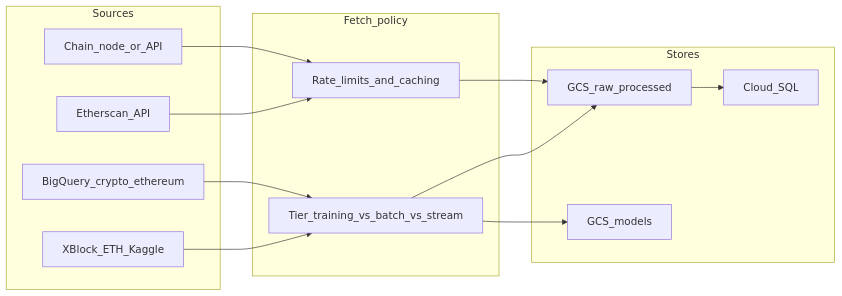
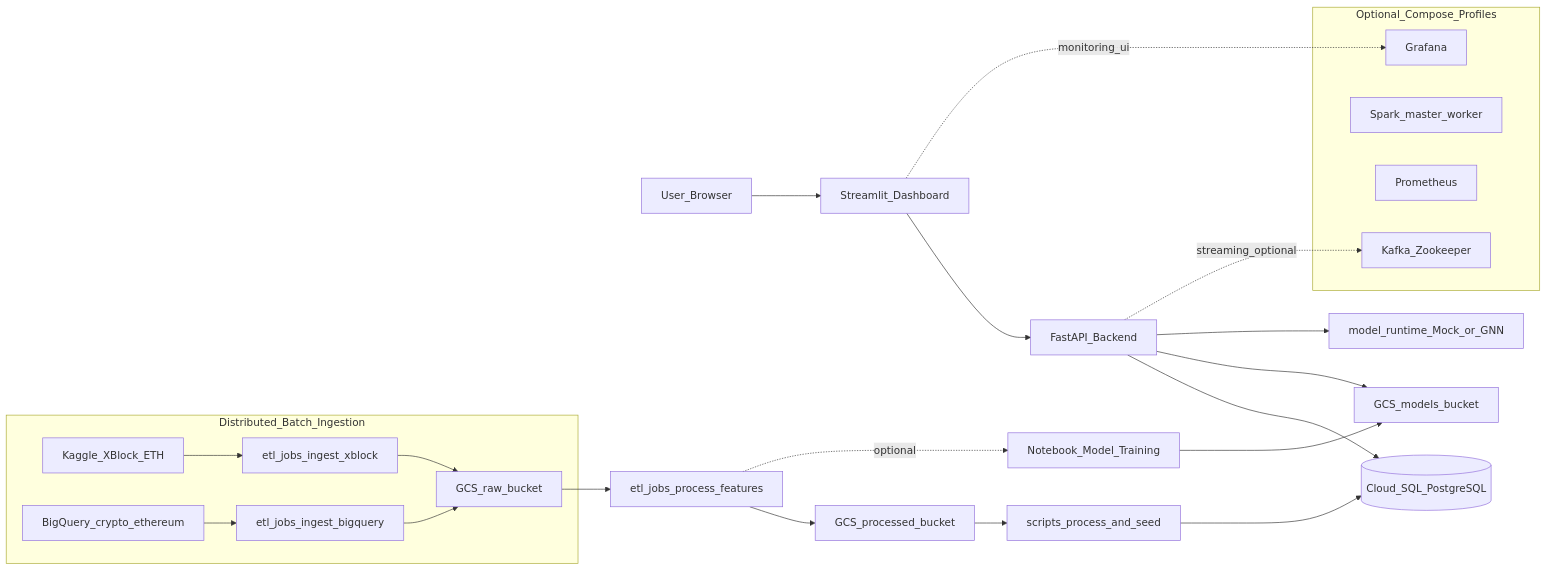
Before and after one commit to fabio-ng/bda501-final: the diagram in README.md, drawn with Mermaid. The commit also changed other lines of this file and 29 other files, not shown here.

````diff
--- a/README.md
+++ b/README.md
@@ -60,26 +65,32 @@
 ```mermaid
 flowchart LR
-  subgraph sources [Sources]
-    XBlock[XBlock_ETH_Kaggle]
-    BQ[BigQuery_crypto_ethereum]
-    ES[Etherscan_API]
-    Chain[Chain_node_or_API]
+  user[User_Browser] --> dash[Streamlit_Dashboard]
+  dash --> api[FastAPI_Backend]
+  api --> pg[(Cloud_SQL_PostgreSQL)]
+  api --> gcsM[GCS_models_bucket]
+  api --> modelRt[model_runtime_Mock_or_GNN]
+
+  subgraph ingest [Distributed_Batch_Ingestion]
+    kaggle[Kaggle_XBlock_ETH] --> jobX[etl_jobs_ingest_xblock]
+    bq[BigQuery_crypto_ethereum] --> jobB[etl_jobs_ingest_bigquery]
+    jobX --> gcsR[GCS_raw_bucket]
+    jobB --> gcsR
   end
-  subgraph policy [Fetch_policy]
-    Tier[Tier_training_vs_batch_vs_stream]
-    Limit[Rate_limits_and_caching]
+
+  gcsR --> jobF[etl_jobs_process_features]
+  jobF --> gcsP[GCS_processed_bucket]
+  gcsP --> seed[scripts_process_and_seed]
+  seed --> pg
+  jobF -. optional .-> train[Notebook_Model_Training]
+  train --> gcsM
+
+  subgraph optional [Optional_Compose_Profiles]
+    kafka[Kafka_Zookeeper]
+    spark[Spark_master_worker]
+    prom[Prometheus]
+    graf[Grafana]
   end
-  subgraph stores [Stores]
-    GCSR[GCS_raw_processed]
-    GCSM[GCS_models]
-    PG[Cloud_SQL]
-  end
-  XBlock --> Tier
-  BQ --> Tier
-  ES --> Limit
-  Chain --> Limit
-  Tier --> GCSR
-  Limit --> GCSR
-  Tier --> GCSM
-  GCSR --> PG
+
+  api -. streaming_optional .-> kafka
+  dash -. monitoring_ui .-> graf
 ```
````
